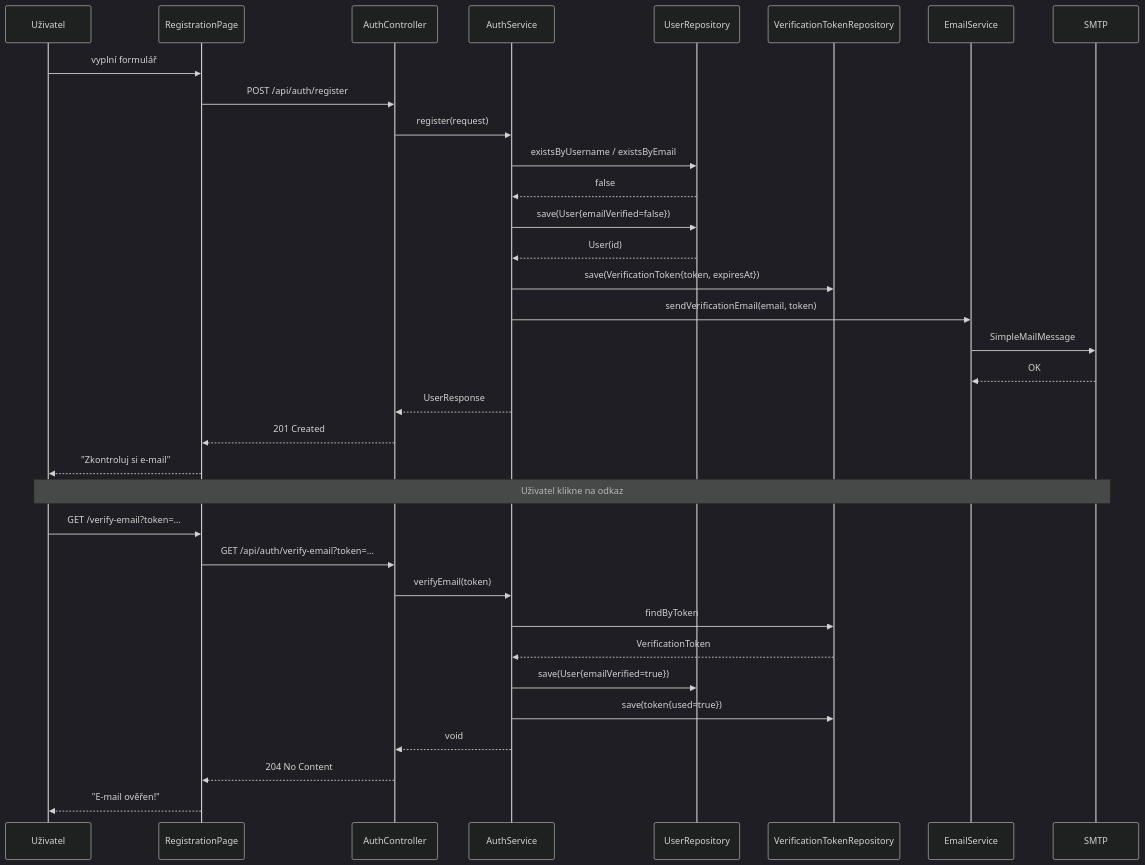
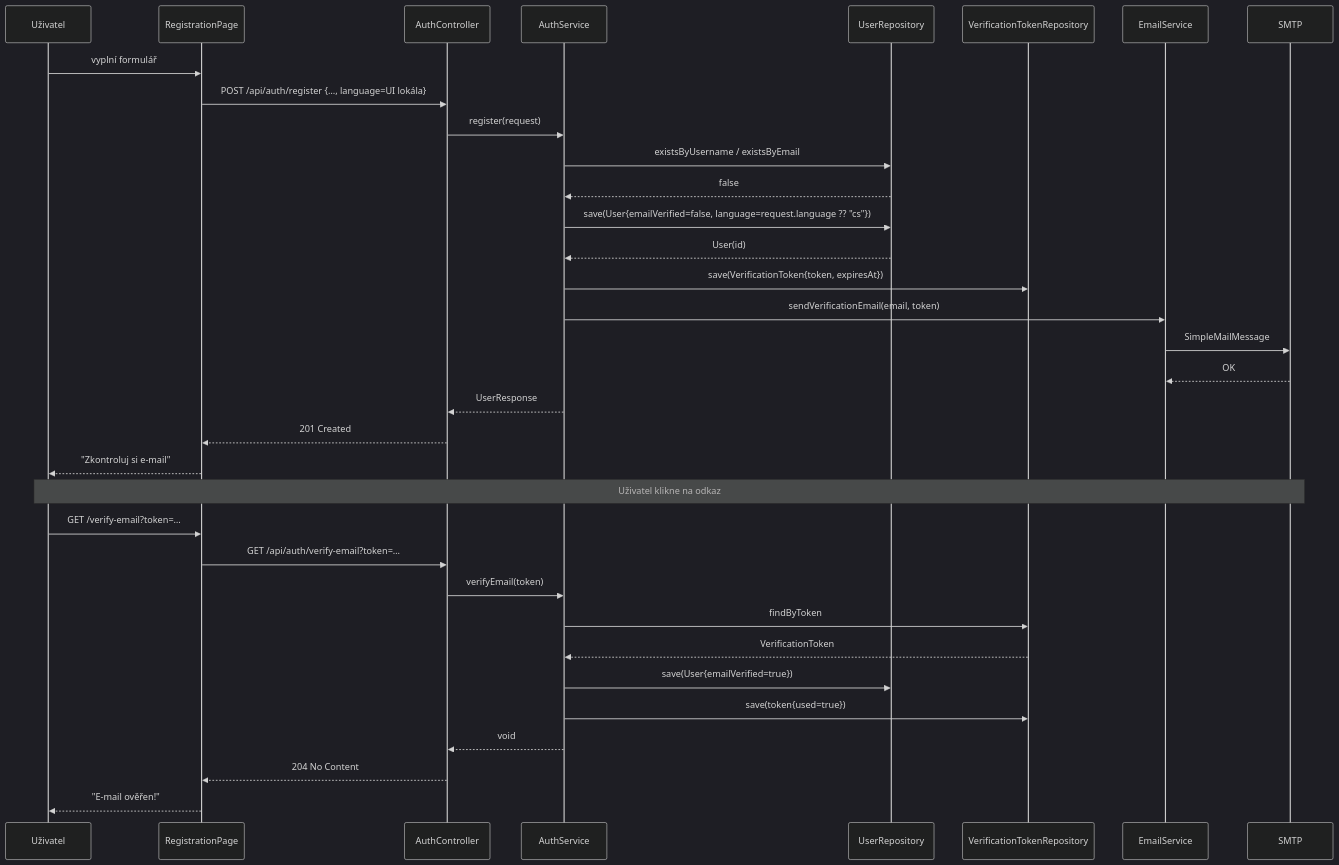
The sixth of 11 diagrams in SDD.md (ifischerova/runners-for-runners), drawn with Mermaid (dark theme) before and after one commit. The commit also changed other lines of this file and 2 other files, not shown here.

First line of the commit message:
docs: register email locale + updateProfile blank-as-no-change semantics

````diff
--- a/SDD.md
+++ b/SDD.md
@@ -527,39 +531,39 @@
 ```mermaid
 sequenceDiagram
     participant U as Uživatel
     participant FE as RegistrationPage
     participant API as AuthController
     participant AS as AuthService
     participant UR as UserRepository
     participant VT as VerificationTokenRepository
     participant ES as EmailService
     participant SMTP
 
     U->>FE: vyplní formulář
-    FE->>API: POST /api/auth/register
+    FE->>API: POST /api/auth/register {…, language=UI lokála}
     API->>AS: register(request)
     AS->>UR: existsByUsername / existsByEmail
     UR-->>AS: false
-    AS->>UR: save(User{emailVerified=false})
+    AS->>UR: save(User{emailVerified=false, language=request.language ?? "cs"})
     UR-->>AS: User(id)
     AS->>VT: save(VerificationToken{token, expiresAt})
     AS->>ES: sendVerificationEmail(email, token)
     ES->>SMTP: SimpleMailMessage
     SMTP-->>ES: OK
     AS-->>API: UserResponse
     API-->>FE: 201 Created
     FE-->>U: "Zkontroluj si e-mail"
 
     Note over U,SMTP: Uživatel klikne na odkaz
 
     U->>FE: GET /verify-email?token=…
     FE->>API: GET /api/auth/verify-email?token=…
     API->>AS: verifyEmail(token)
     AS->>VT: findByToken
     VT-->>AS: VerificationToken
     AS->>UR: save(User{emailVerified=true})
     AS->>VT: save(token{used=true})
     AS-->>API: void
     API-->>FE: 204 No Content
     FE-->>U: "E-mail ověřen!"
 ```
````
